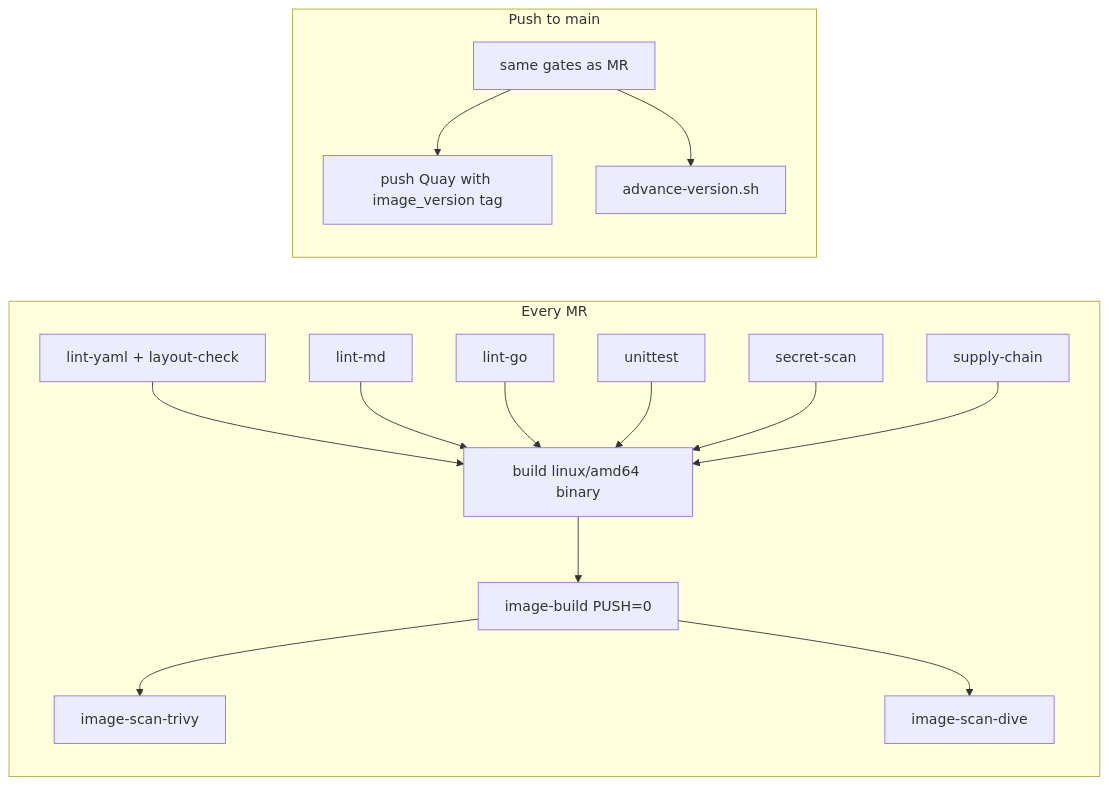
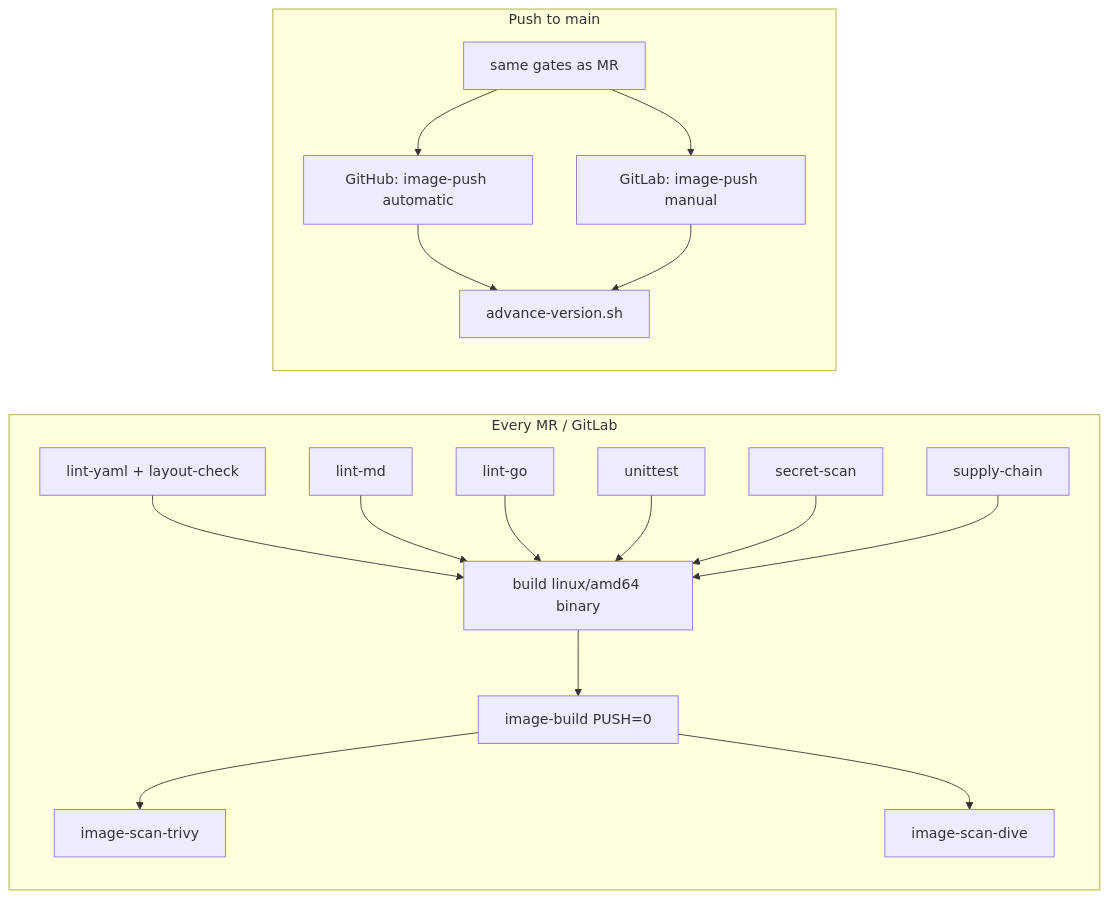
Before and after one commit to AvielSegev/storage-cert-harness: the third of 3 diagrams in docs/ci.md, drawn with Mermaid. The commit also changed other lines of this file and 3 other files, not shown here.

````diff
--- a/docs/ci.md
+++ b/docs/ci.md
@@ -294,29 +313,32 @@
 ```mermaid
 flowchart LR
-  subgraph mr [Every MR]
+  subgraph mr [Every MR / GitLab]
     LintYaml2[lint-yaml + layout-check]
     LintMd2[lint-md]
     LintGo2[lint-go]
     Unittest2[unittest]
     Secret2[secret-scan]
     Supply2[supply-chain]
     BuildMR[build linux/amd64 binary]
     ImageMR[image-build PUSH=0]
     LintYaml2 --> BuildMR
     LintMd2 --> BuildMR
     LintGo2 --> BuildMR
     Unittest2 --> BuildMR
     Secret2 --> BuildMR
     Supply2 --> BuildMR
     BuildMR --> ImageMR
     ImageMR --> TrivyMR[image-scan-trivy]
     ImageMR --> DiveMR[image-scan-dive]
   end
   subgraph mainline [Push to main]
     SameGates[same gates as MR]
-    ImagePush[push Quay with image_version tag]
+    ImagePushGH[GitHub: image-push automatic]
+    ImagePushGL[GitLab: image-push manual]
     VersionBump[advance-version.sh]
-    SameGates --> ImagePush
-    SameGates --> VersionBump
+    SameGates --> ImagePushGH
+    SameGates --> ImagePushGL
+    ImagePushGH --> VersionBump
+    ImagePushGL --> VersionBump
   end
 ```
````
